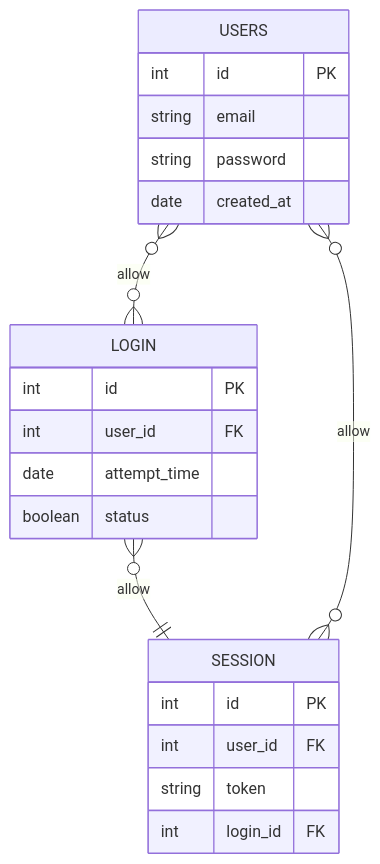
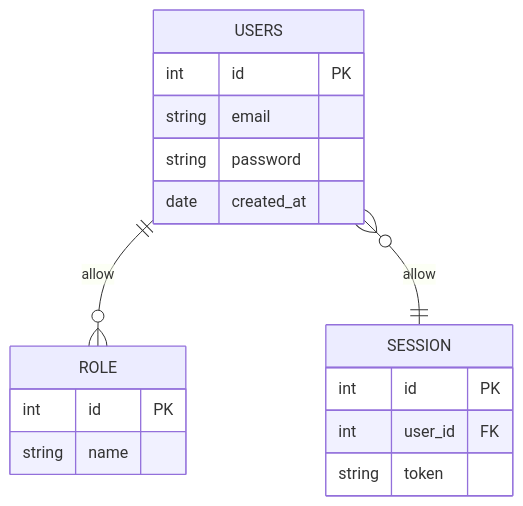
Before and after one commit to mfchrzlmzakky/koda-b1-db4: the diagram in README.MD, drawn with Mermaid. The commit also changed 1 other file, not shown here.

Commit message:
fix: replace login table with roles table

````diff
--- a/README.MD
+++ b/README.MD
@@ -1,29 +1,25 @@
 ```mermaid
 
 erDiagram
 
-USERS }o--o{ LOGIN : allow
+USERS ||--o{ ROLE : allow
+USERS }o--|| SESSION : allow
 USERS{
   int id PK
   string email
   string password
   date created_at
 }
 
-LOGIN }o--|| SESSION : allow
-LOGIN{
+ROLE{
   int id PK
-  int user_id FK
-  date attempt_time
-  boolean status
+  string name
 }
 
-SESSION }o--o{ USERS : allow
 SESSION{
   int id PK
   int user_id FK
   string token
-  int login_id FK
 }
 
 ```
````
